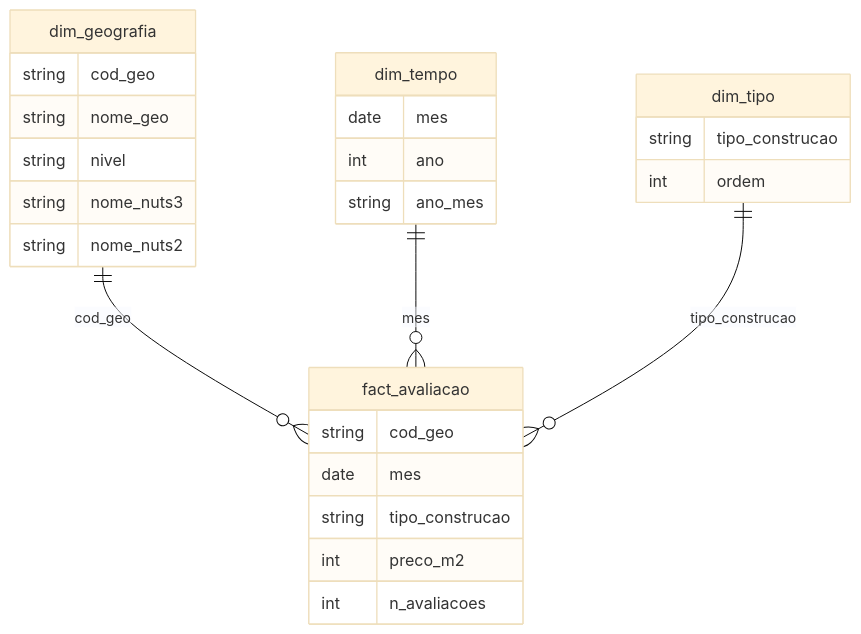
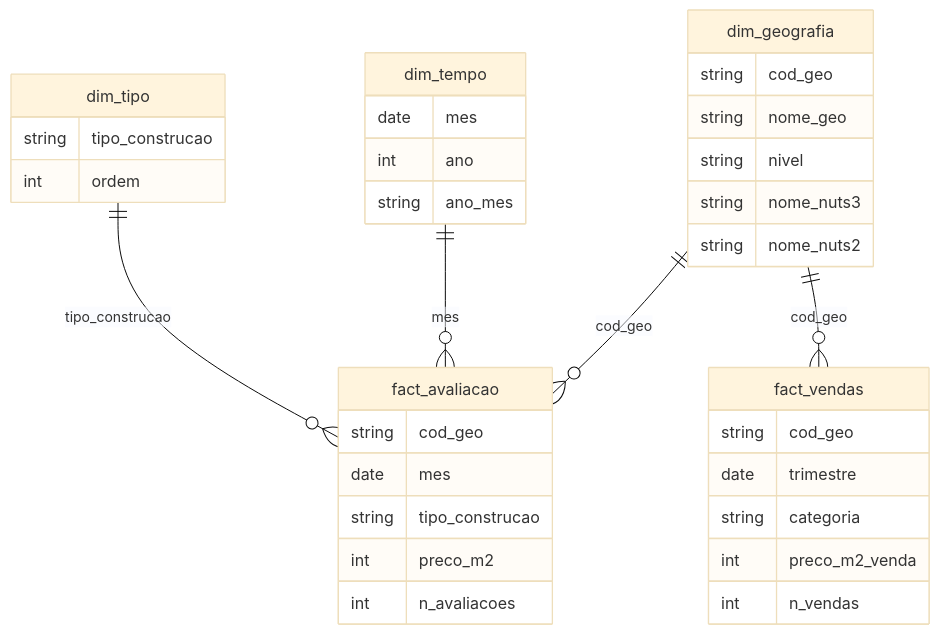
Before and after one commit to rodhipolito/habitacao-pt: the diagram in README.md, drawn with Mermaid (base theme). The commit also changed other lines of this file and 26 other files, not shown here.

````diff
--- a/README.md
+++ b/README.md
@@ -45,29 +48,37 @@
 ```mermaid
 erDiagram
     dim_geografia ||--o{ fact_avaliacao : cod_geo
     dim_tempo ||--o{ fact_avaliacao : mes
     dim_tipo ||--o{ fact_avaliacao : tipo_construcao
+    dim_geografia ||--o{ fact_vendas : cod_geo
     fact_avaliacao {
         string cod_geo
         date mes
         string tipo_construcao
         int preco_m2
         int n_avaliacoes
+    }
+    fact_vendas {
+        string cod_geo
+        date trimestre
+        string categoria
+        int preco_m2_venda
+        int n_vendas
     }
     dim_geografia {
         string cod_geo
         string nome_geo
         string nivel
         string nome_nuts3
         string nome_nuts2
     }
     dim_tempo {
         date mes
         int ano
         string ano_mes
     }
     dim_tipo {
         string tipo_construcao
         int ordem
     }
 ```
````
